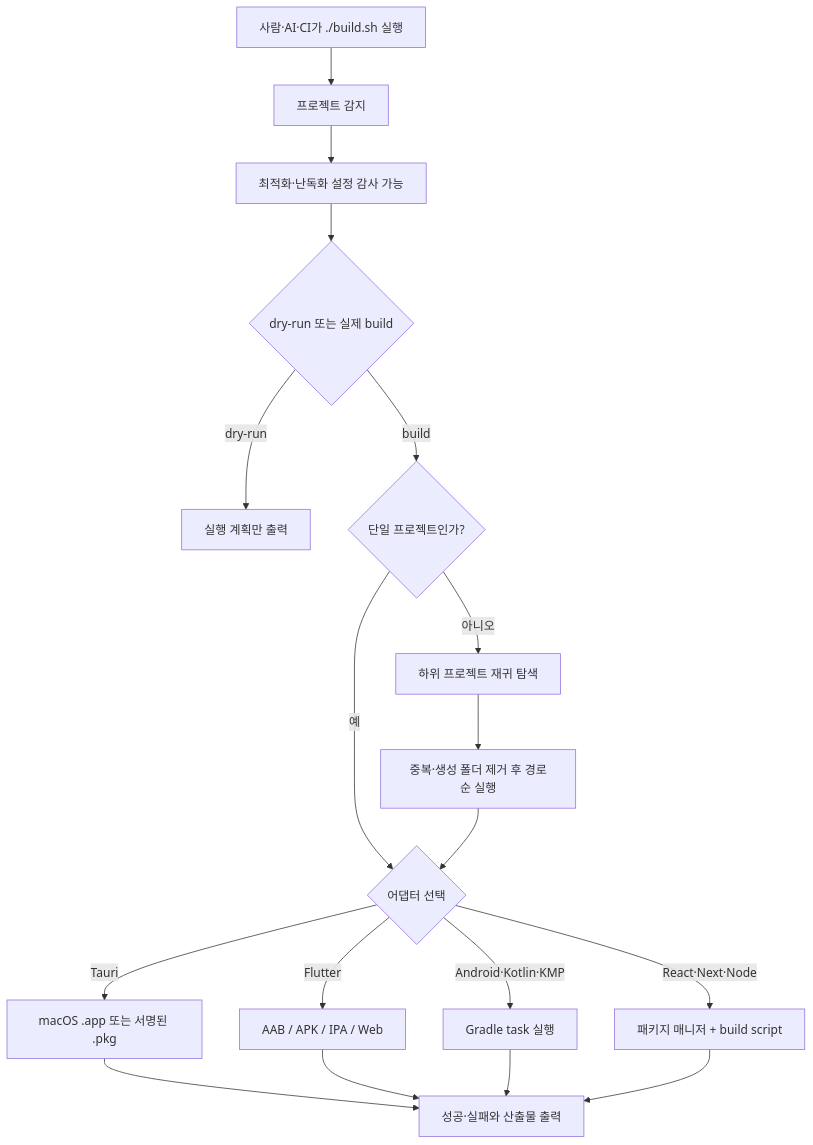
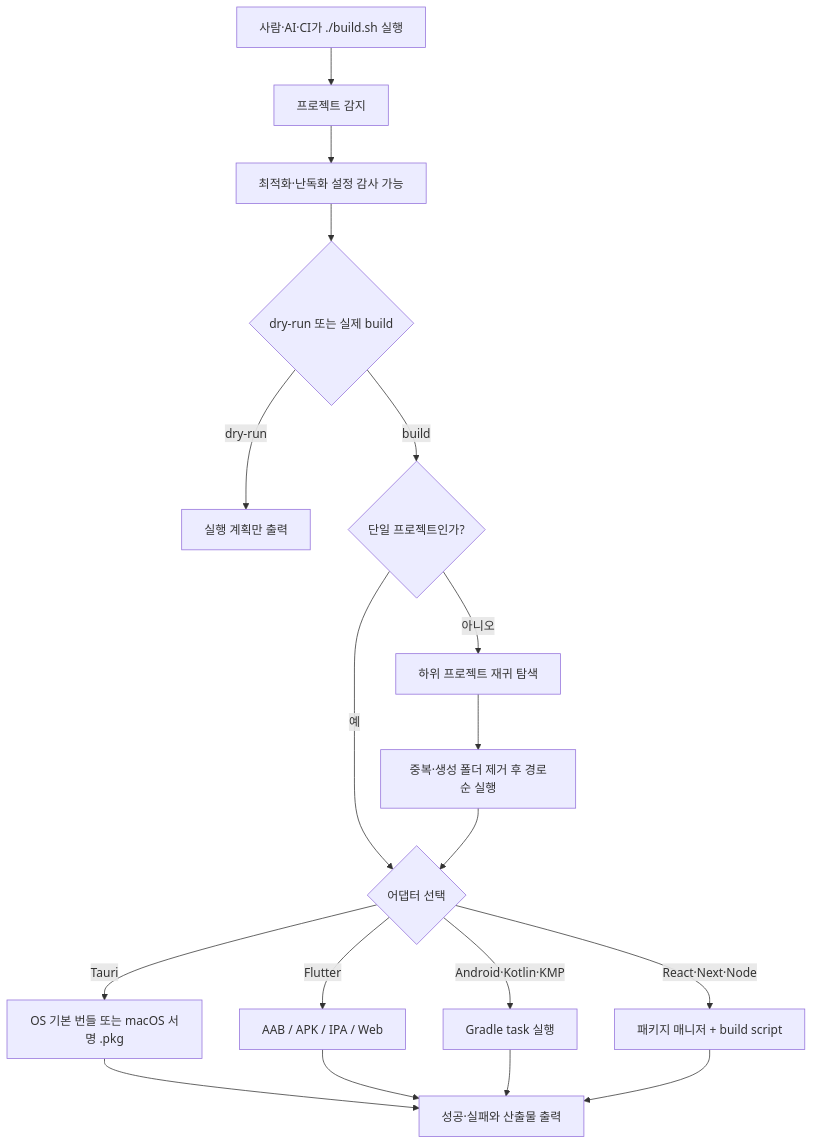
The first of 9 diagrams in README.md (kimdzhekhon/Universal-Build-Script), drawn with Mermaid before and after one commit. The commit also changed other lines of this file and 4 other files, not shown here.

Commit message:
docs: add multilingual guides and architecture diagrams

````diff
--- a/README.md
+++ b/README.md
@@ -121,20 +124,20 @@
 ```mermaid
 flowchart TD
     A["사람·AI·CI가 ./build.sh 실행"] --> B["프로젝트 감지"]
     B --> C["최적화·난독화 설정 감사 가능"]
     C --> D{"dry-run 또는 실제 build"}
     D -->|"dry-run"| E["실행 계획만 출력"]
     D -->|"build"| F{"단일 프로젝트인가?"}
     F -->|"예"| G{"어댑터 선택"}
     F -->|"아니오"| H["하위 프로젝트 재귀 탐색"]
     H --> I["중복·생성 폴더 제거 후 경로순 실행"]
     I --> G
-    G -->|"Tauri"| J["macOS .app 또는 서명된 .pkg"]
+    G -->|"Tauri"| J["OS 기본 번들 또는 macOS 서명 .pkg"]
     G -->|"Flutter"| K["AAB / APK / IPA / Web"]
     G -->|"Android·Kotlin·KMP"| L["Gradle task 실행"]
     G -->|"React·Next·Node"| M["패키지 매니저 + build script"]
     J --> N["성공·실패와 산출물 출력"]
     K --> N
     L --> N
     M --> N
 ```
````
